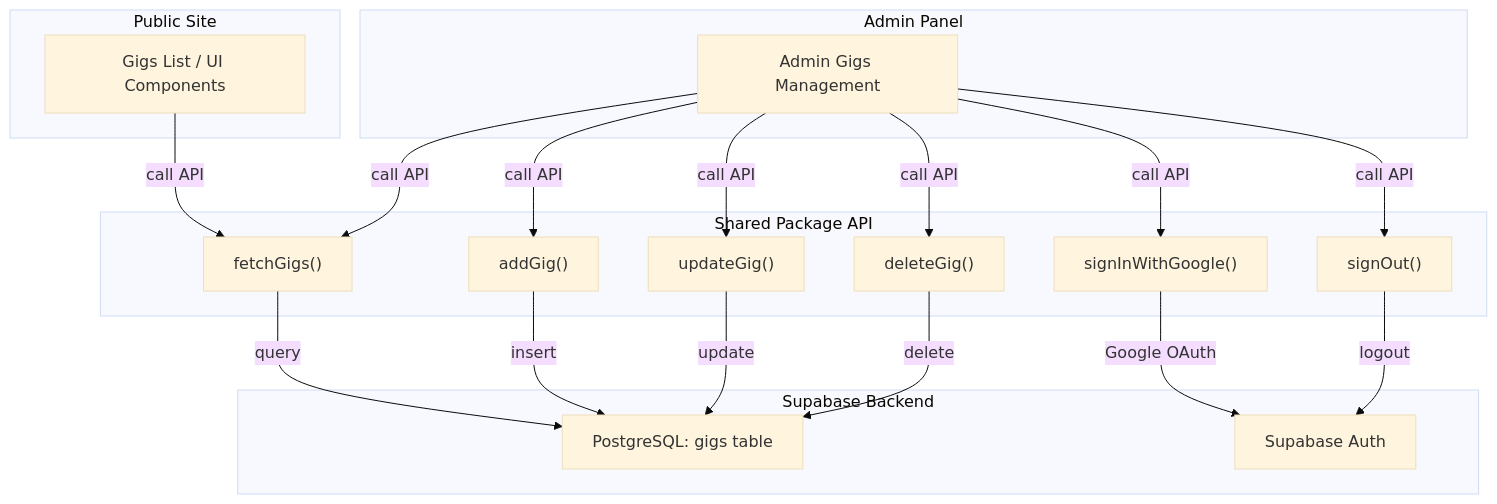
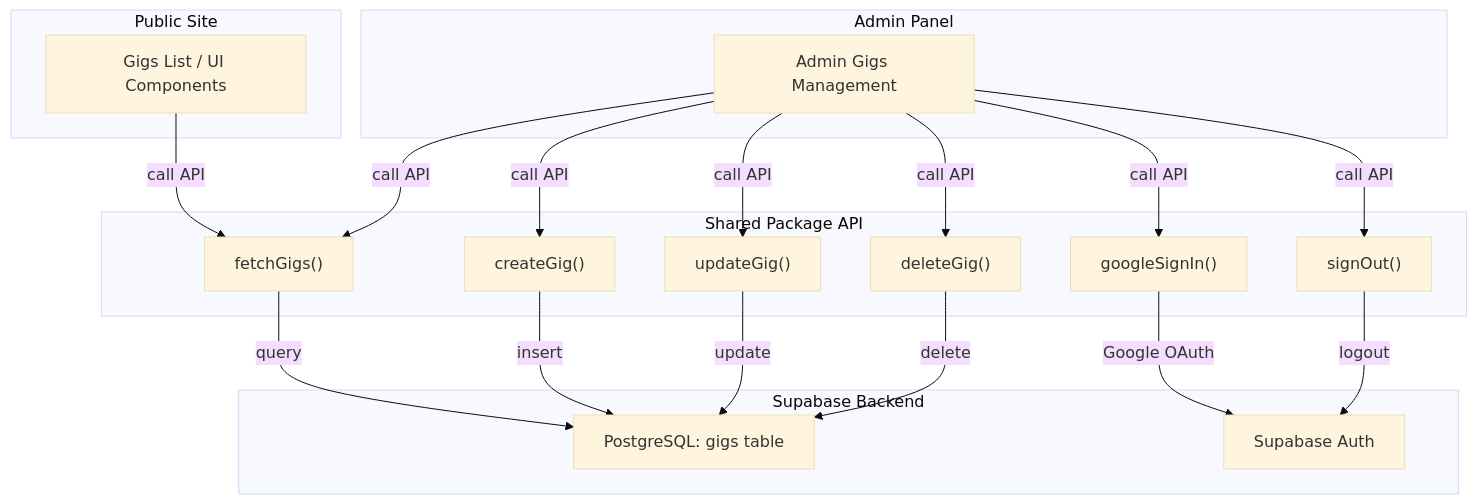
One commit to aj-kivimaki/jpx changed the first of 2 diagrams in packages/shared/README.md. Above: the diagram before and after it, drawn with Mermaid (base theme). The commit also changed other lines of this file and 19 other files, not shown here.

````diff
--- a/packages/shared/README.md
+++ b/packages/shared/README.md
@@ -189,39 +189,39 @@
 ```mermaid
 flowchart TD
   subgraph Frontend["Public Site"]
     FE["Gigs List / UI Components"]
   end
 
   subgraph Admin["Admin Panel"]
     AD["Admin Gigs Management"]
   end
 
   subgraph Shared["Shared Package API"]
     API1["fetchGigs()"]
-    API2["addGig()"]
+    API2["createGig()"]
     API3["updateGig()"]
     API4["deleteGig()"]
-    API5["signInWithGoogle()"]
+    API5["googleSignIn()"]
     API6["signOut()"]
   end
 
   subgraph Backend["Supabase Backend"]
     DB["PostgreSQL: gigs table"]
     AUTH["Supabase Auth"]
   end
 
   FE -->|call API| API1
   AD -->|call API| API1
   AD -->|call API| API2
   AD -->|call API| API3
   AD -->|call API| API4
   AD -->|call API| API5
   AD -->|call API| API6
 
   API1 -->|query| DB
   API2 -->|insert| DB
   API3 -->|update| DB
   API4 -->|delete| DB
   API5 -->|Google OAuth| AUTH
   API6 -->|logout| AUTH
 ```
````
